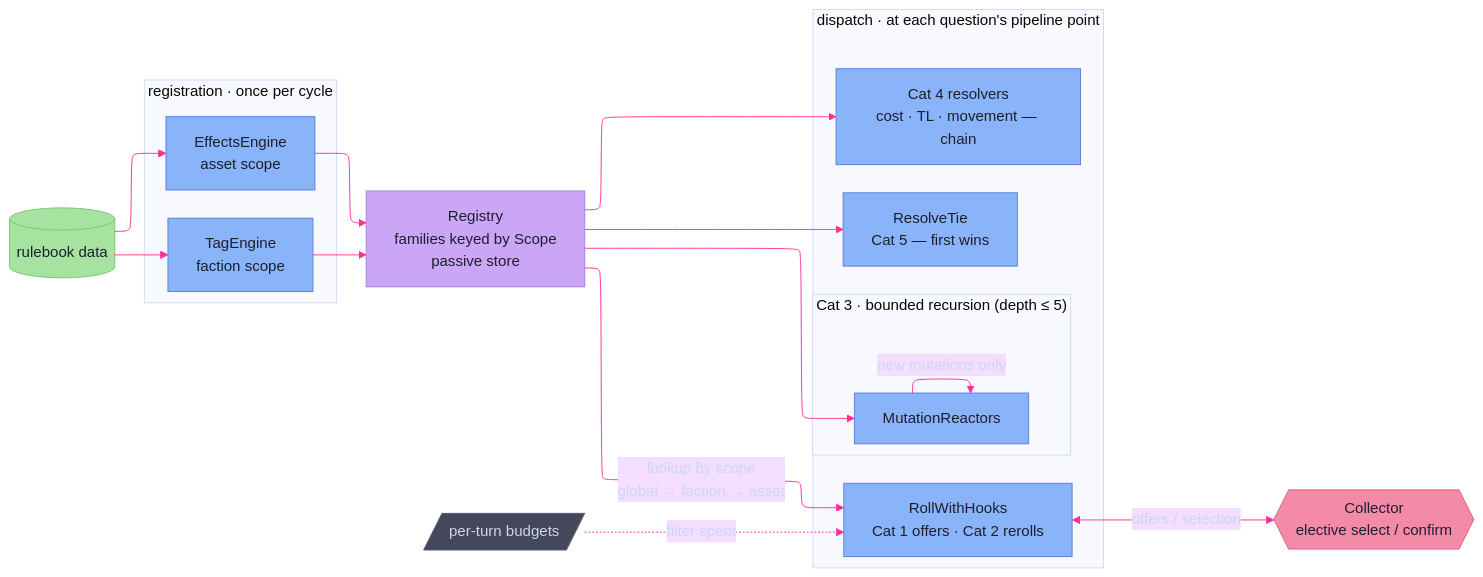
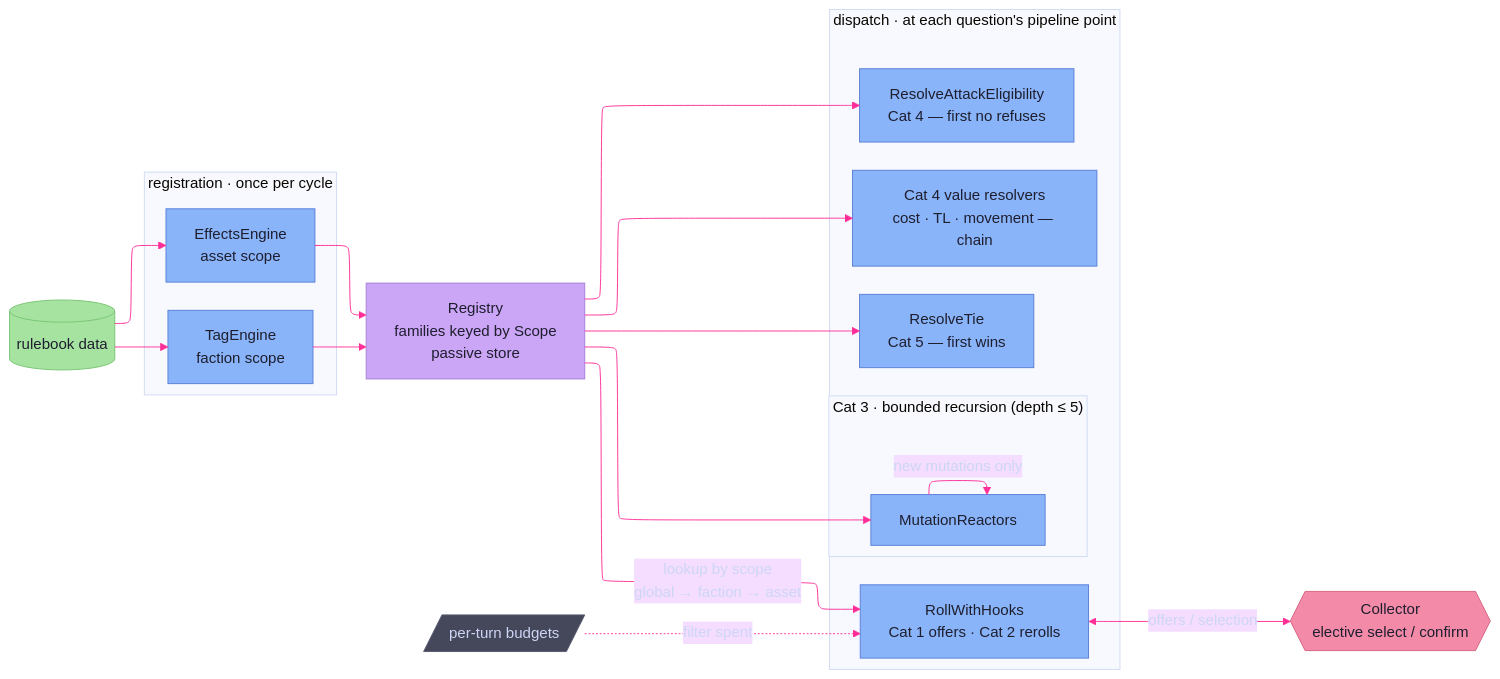
Before and after one commit to therobertcrocker/gm-toolkit: the diagram in docs/architecture/engine/hooks.md, drawn with Mermaid. The commit also changed other lines of this file and 39 other files, not shown here.

````diff
--- a/docs/architecture/engine/hooks.md
+++ b/docs/architecture/engine/hooks.md
@@ -165,52 +189,54 @@
 ```mermaid
 ---
 config:
   layout: elk
   elk:
     nodePlacementStrategy: NETWORK_SIMPLEX
   theme: base
   themeVariables:
     background: '#1e1e2e'
     primaryTextColor: '#cdd6f4'
     lineColor: '#ff2e97'
 ---
 flowchart LR
   Rulebook[("rulebook data")]:::artifact
   subgraph Reg["registration · once per cycle"]
     direction TB
     TagEngine["TagEngine<br>faction scope"]:::process
     EffectsEngine["EffectsEngine<br>asset scope"]:::process
   end
   Registry["Registry<br>families keyed by Scope<br>passive store"]:::core
   subgraph Dispatch["dispatch · at each question's pipeline point"]
     direction TB
     Roll["RollWithHooks<br>Cat 1 offers · Cat 2 rerolls"]:::process
     Tie["ResolveTie<br>Cat 5 — first wins"]:::process
-    Cat4["Cat 4 resolvers<br>cost · TL · movement — chain"]:::process
+    Cat4["Cat 4 value resolvers<br>cost · TL · movement — chain"]:::process
+    Elig["ResolveAttackEligibility<br>Cat 4 — first no refuses"]:::process
     subgraph Cat3["Cat 3 · bounded recursion (depth ≤ 5)"]
       React["MutationReactors"]:::process
       React -- "new mutations only" --> React
     end
   end
   Collector{{"Collector<br>elective select / confirm"}}:::seam
   Budgets[/"per-turn budgets"/]:::muted
 
   Rulebook --> TagEngine
   Rulebook --> EffectsEngine
   TagEngine --> Registry
   EffectsEngine --> Registry
 
   Registry -- "lookup by scope<br>global → faction → asset" --> Roll
   Registry --> Tie
   Registry --> Cat4
+  Registry --> Elig
   Registry --> React
 
   Budgets -. "filter spent" .-> Roll
   Roll <-->|"offers / selection"| Collector
 
   classDef artifact fill:#a6e3a1,stroke:#79c574,color:#1e1e2e
   classDef process  fill:#89b4fa,stroke:#5a7fd6,color:#1e1e2e
   classDef core     fill:#cba6f7,stroke:#a47fd6,color:#1e1e2e
   classDef seam     fill:#f38ba8,stroke:#d6607f,color:#1e1e2e
   classDef muted    fill:#45475a,stroke:#585b70,color:#cdd6f4
 ```
````
